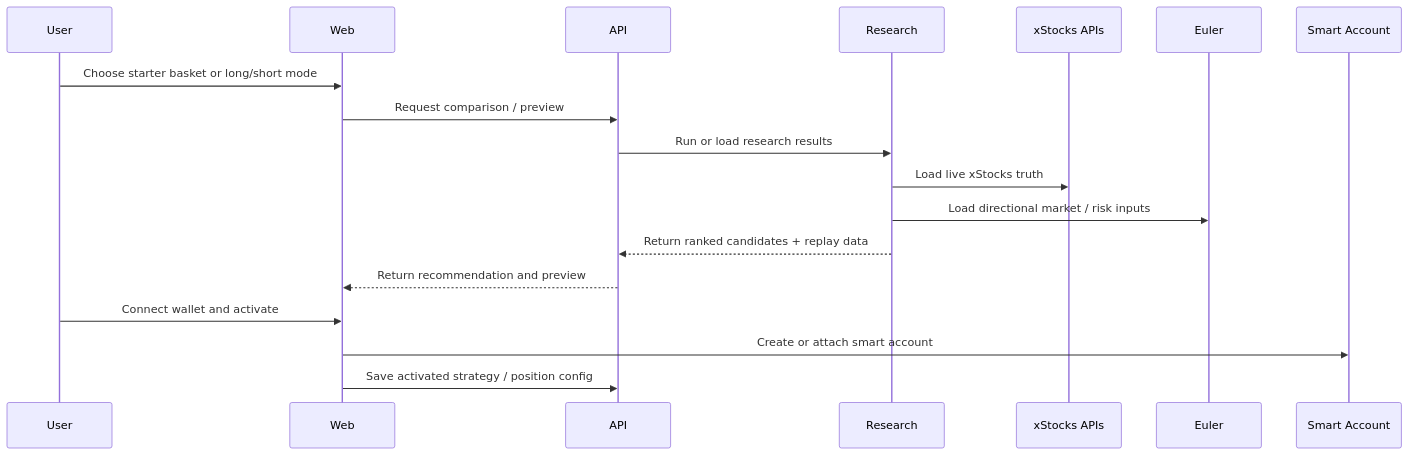
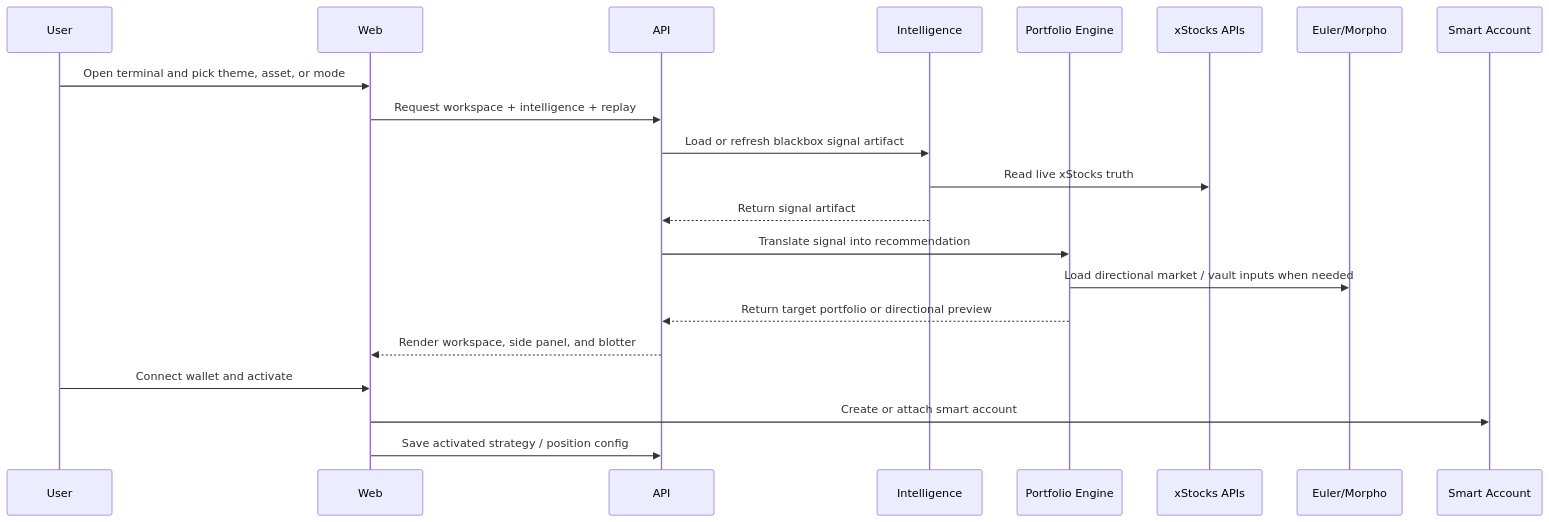
The second of 2 diagrams in README.md (twentyOne2x/xstocks-strategy-lab), drawn with Mermaid before and after one commit. The commit also changed other lines of this file and 1 other file, not shown here.

First line of the commit message:
Align diagrams with intelligence-led terminal architecture

````diff
--- a/README.md
+++ b/README.md
@@ -84,21 +98,24 @@
 ```mermaid
 sequenceDiagram
     participant U as User
     participant W as Web
     participant A as API
-    participant R as Research
+    participant I as Intelligence
+    participant P as Portfolio Engine
     participant X as xStocks APIs
-    participant E as Euler
+    participant E as Euler/Morpho
     participant S as Smart Account
 
-    U->>W: Choose starter basket or long/short mode
-    W->>A: Request comparison / preview
-    A->>R: Run or load research results
-    R->>X: Load live xStocks truth
-    R->>E: Load directional market / risk inputs
-    R-->>A: Return ranked candidates + replay data
-    A-->>W: Return recommendation and preview
+    U->>W: Open terminal and pick theme, asset, or mode
+    W->>A: Request workspace + intelligence + replay
+    A->>I: Load or refresh blackbox signal artifact
+    I->>X: Read live xStocks truth
+    I-->>A: Return signal artifact
+    A->>P: Translate signal into recommendation
+    P->>E: Load directional market / vault inputs when needed
+    P-->>A: Return target portfolio or directional preview
+    A-->>W: Render workspace, side panel, and blotter
     U->>W: Connect wallet and activate
     W->>S: Create or attach smart account
     W->>A: Save activated strategy / position config
 ```
````
